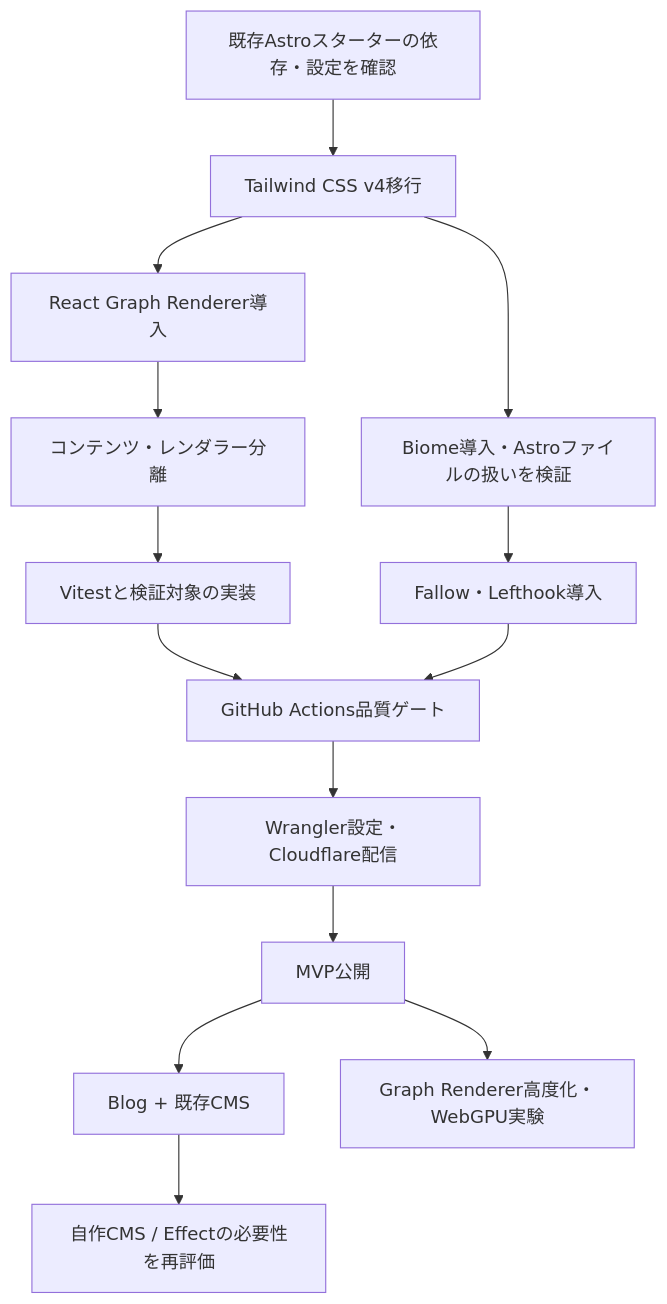
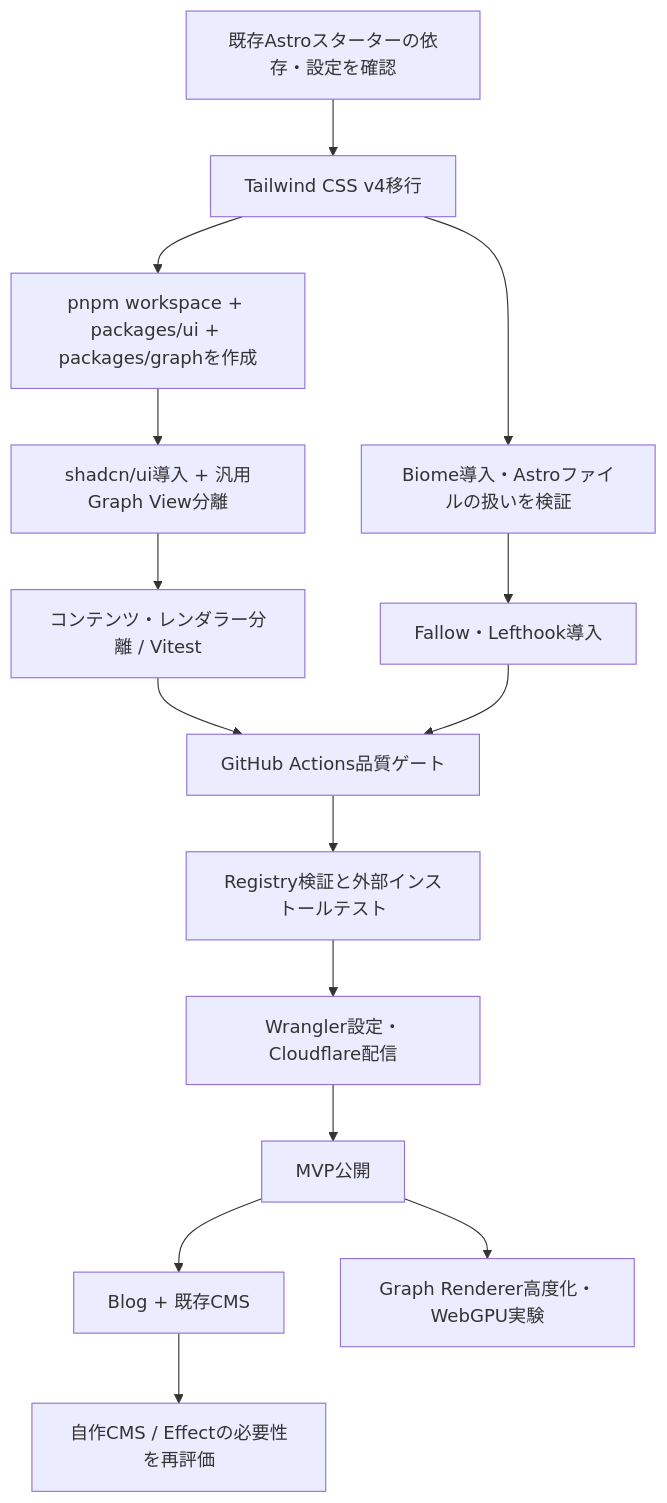
Before and after one commit to UtakataKyosui/astro-portfolio-with-blog: the seventh of 7 diagrams in docs/TECH_STACK.md, drawn with Mermaid. The commit also changed other lines of this file and 1 other file, not shown here.

````diff
--- a/docs/TECH_STACK.md
+++ b/docs/TECH_STACK.md
@@ -196,16 +385,17 @@
 ```mermaid
 flowchart TD
     A[既存Astroスターターの依存・設定を確認] --> B[Tailwind CSS v4移行]
-    B --> C[React Graph Renderer導入]
-    C --> D[コンテンツ・レンダラー分離]
-    D --> E[Vitestと検証対象の実装]
+    B --> C[pnpm workspace + packages/ui + packages/graphを作成]
+    C --> D[shadcn/ui導入 + 汎用Graph View分離]
+    D --> E[コンテンツ・レンダラー分離 / Vitest]
     B --> F[Biome導入・Astroファイルの扱いを検証]
     F --> G[Fallow・Lefthook導入]
     E --> H[GitHub Actions品質ゲート]
     G --> H
-    H --> I[Wrangler設定・Cloudflare配信]
+    H --> RV[Registry検証と外部インストールテスト]
+    RV --> I[Wrangler設定・Cloudflare配信]
     I --> J[MVP公開]
     J --> K[Blog + 既存CMS]
     K --> L[自作CMS / Effectの必要性を再評価]
     J --> M[Graph Renderer高度化・WebGPU実験]
 ```
````
